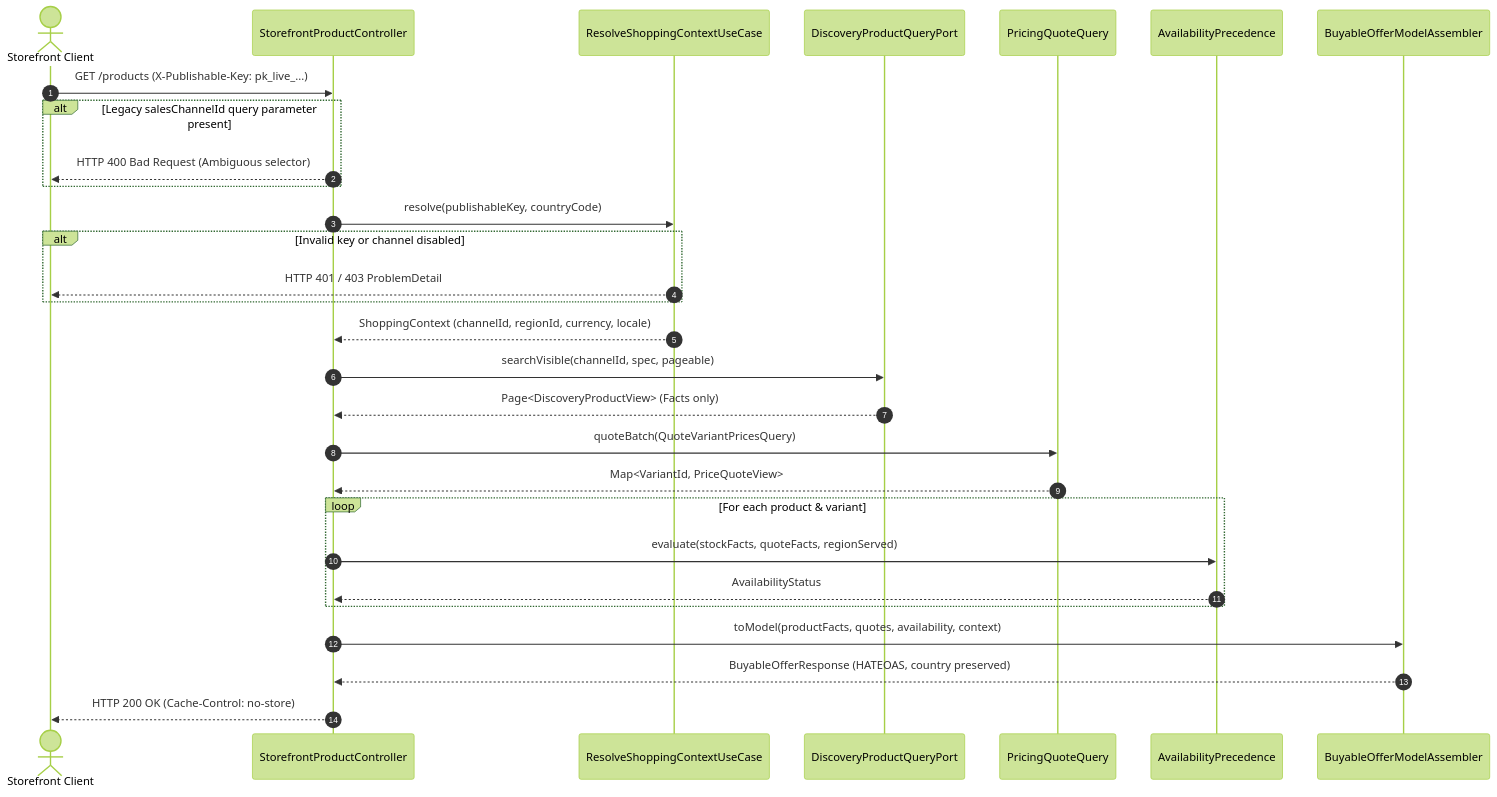
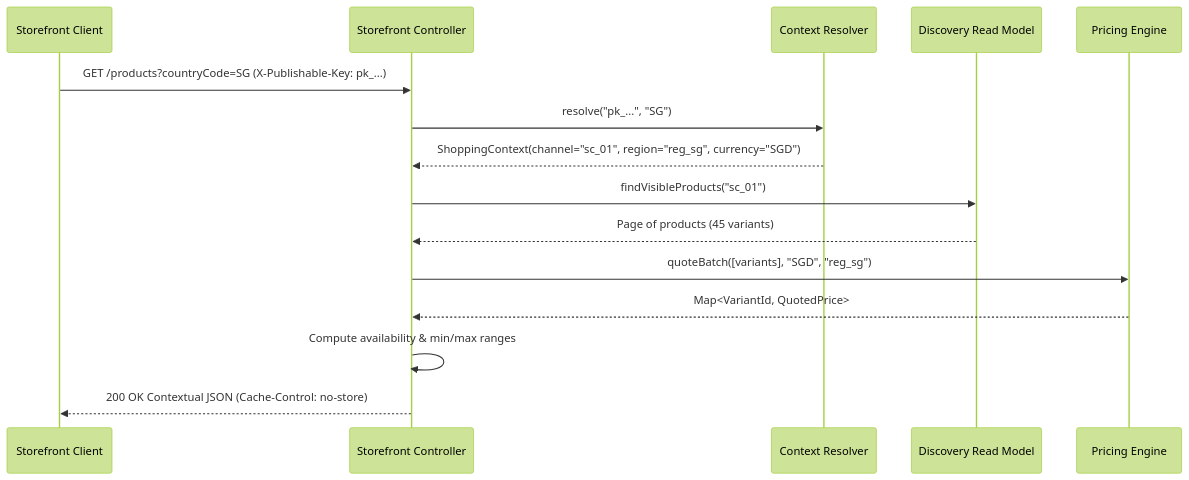
One commit to khinemyaezin/grab changed the fourth of 4 diagrams in docs/spec/system/storefront-contextual-cutover-tech-spec.md. Above: the diagram before and after it, drawn with Mermaid (forest theme). The commit also changed other lines of this file and 22 other files, not shown here.

Commit message:
feat: implement vectorized batch pricing engine for multi-regional support

````diff
--- a/docs/spec/system/storefront-contextual-cutover-tech-spec.md
+++ b/docs/spec/system/storefront-contextual-cutover-tech-spec.md
@@ -48,37 +100,18 @@
 ```mermaid
 sequenceDiagram
-    autonumber
-    actor Shopper as Storefront Client
-    participant Controller as StorefrontProductController
-    participant Resolver as ResolveShoppingContextUseCase
-    participant Discovery as DiscoveryProductQueryPort
-    participant Pricing as PricingQuoteQuery
-    participant StateMachine as AvailabilityPrecedence
-    participant Assembler as BuyableOfferModelAssembler
+    participant Client as Storefront Client
+    participant Controller as Storefront Controller
+    participant Context as Context Resolver
+    participant Tier1 as Discovery Read Model
+    participant Tier2 as Pricing Engine
 
-    Shopper->>Controller: GET /products (X-Publishable-Key: pk_live_...)
-    alt Legacy salesChannelId query parameter present
-        Controller-->>Shopper: HTTP 400 Bad Request (Ambiguous selector)
-    end
-
-    Controller->>Resolver: resolve(publishableKey, countryCode)
-    alt Invalid key or channel disabled
-        Resolver-->>Shopper: HTTP 401 / 403 ProblemDetail
-    end
-    Resolver-->>Controller: ShoppingContext (channelId, regionId, currency, locale)
-
-    Controller->>Discovery: searchVisible(channelId, spec, pageable)
-    Discovery-->>Controller: Page<DiscoveryProductView> (Facts only)
-
-    Controller->>Pricing: quoteBatch(QuoteVariantPricesQuery)
-    Pricing-->>Controller: Map<VariantId, PriceQuoteView>
-
-    loop For each product & variant
-        Controller->>StateMachine: evaluate(stockFacts, quoteFacts, regionServed)
-        StateMachine-->>Controller: AvailabilityStatus
-    end
-
-    Controller->>Assembler: toModel(productFacts, quotes, availability, context)
-    Assembler-->>Controller: BuyableOfferResponse (HATEOAS, country preserved)
-    Controller-->>Shopper: HTTP 200 OK (Cache-Control: no-store)
+    Client->>Controller: GET /products?countryCode=SG (X-Publishable-Key: pk_...)
+    Controller->>Context: resolve("pk_...", "SG")
+    Context-->>Controller: ShoppingContext(channel="sc_01", region="reg_sg", currency="SGD")
+    Controller->>Tier1: findVisibleProducts("sc_01")
+    Tier1-->>Controller: Page of products (45 variants)
+    Controller->>Tier2: quoteBatch([variants], "SGD", "reg_sg")
+    Tier2-->>Controller: Map<VariantId, QuotedPrice>
+    Controller->>Controller: Compute availability & min/max ranges
+    Controller-->>Client: 200 OK Contextual JSON (Cache-Control: no-store)
 ```
````
